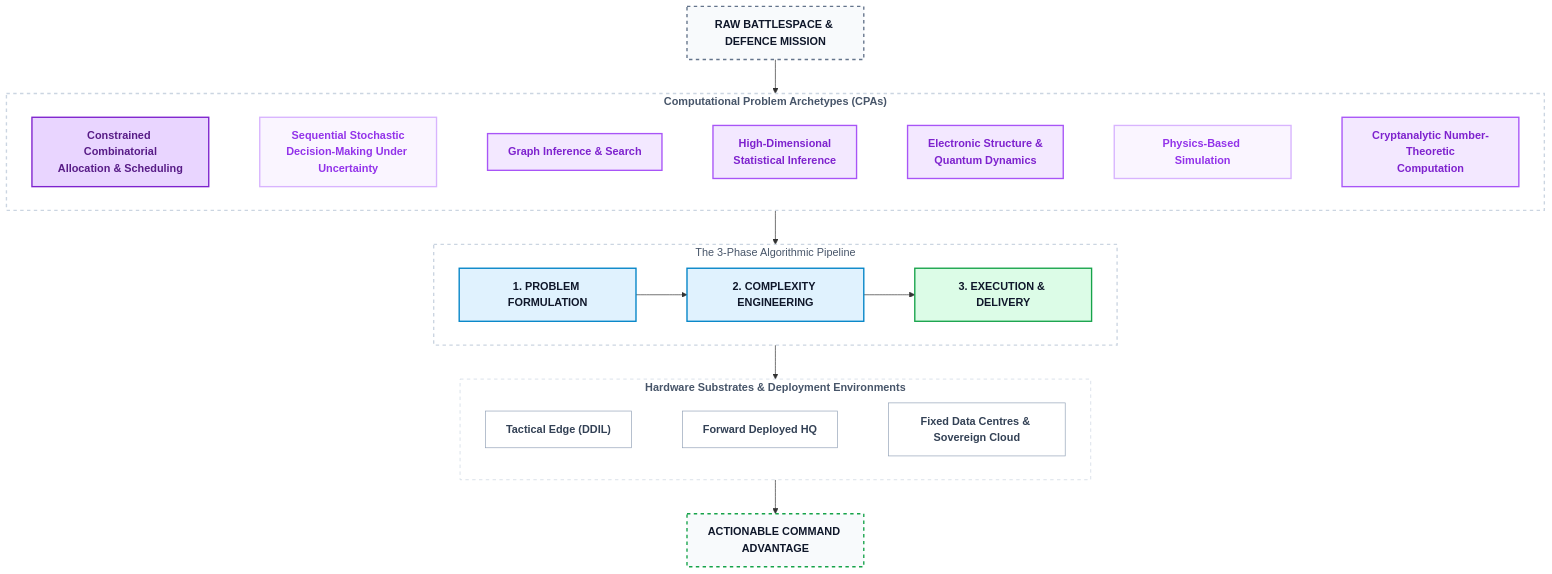
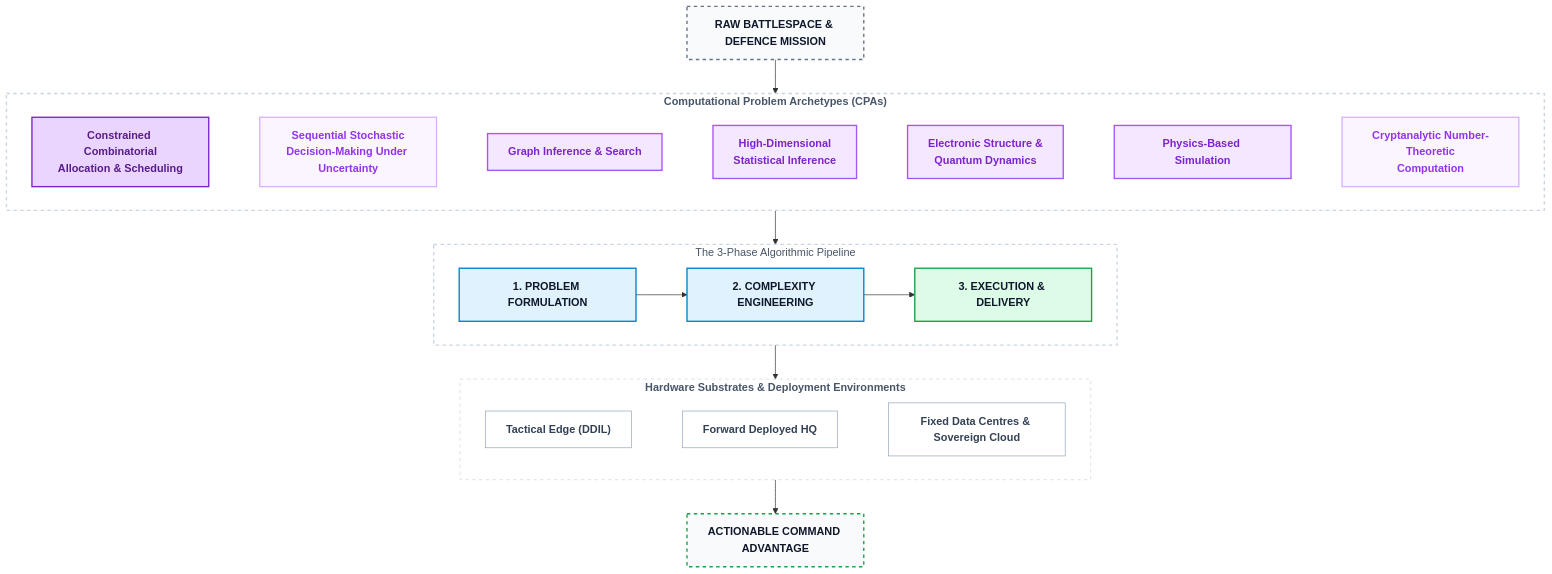
The first of 6 diagrams in quantum/The_Emergent_Algorithmic_Bridge.md (baddogdown/knowledge), drawn with Mermaid before and after one commit. The commit also changed other lines of this file, not shown here.

````diff
--- a/quantum/The_Emergent_Algorithmic_Bridge.md
+++ b/quantum/The_Emergent_Algorithmic_Bridge.md
@@ -27,76 +27,76 @@
 ```mermaid
 flowchart TB
 
     %% 1. INPUT
     INBOUND["<b>RAW BATTLESPACE & DEFENCE MISSION</b>"]
 
     %% 2. COMPUTATIONAL PROBLEM ARCHETYPES
     subgraph CPAS ["<b>Computational Problem Archetypes (CPAs)</b>"]
         direction LR
         CPA1["<b>Constrained Combinatorial<br/>Allocation & Scheduling</b>"]
         CPA2["<b>Sequential Stochastic<br/>Decision-Making Under Uncertainty</b>"]
         CPA3["<b>Graph Inference & Search</b>"]
         CPA4["<b>High-Dimensional<br/>Statistical Inference</b>"]
         CPA5["<b>Electronic Structure &<br/>Quantum Dynamics</b>"]
         CPA6["<b>Physics-Based Simulation</b>"]
         CPA7["<b>Cryptanalytic Number-Theoretic<br/>Computation</b>"]
         
         CPA1 ~~~ CPA2 ~~~ CPA3 ~~~ CPA4 ~~~ CPA5 ~~~ CPA6 ~~~ CPA7
     end
 
     %% 3. PIPELINE PHASES 
     subgraph PHASES ["The 3-Phase Algorithmic Pipeline"]
         direction LR
         P1["<b>1. PROBLEM FORMULATION</b>"] --> P2["<b>2. COMPLEXITY ENGINEERING</b>"] --> P3["<b>3. EXECUTION & DELIVERY</b><br/>"]
     end
 
     %% 4. UNDERPINNING DEPLOYMENT ENVIRONMENTS
     subgraph ENV ["<b>Hardware Substrates & Deployment Environments</b>"]
         direction LR
         E1["<b>Tactical Edge (DDIL)</b>"]
         E2["<b>Forward Deployed HQ</b>"]
         E3["<b>Fixed Data Centres & Sovereign Cloud</b>"]
         
         E1 ~~~ E2 ~~~ E3
     end
 
     %% 5. OUTPUT
     OUTBOUND["<b>ACTIONABLE COMMAND ADVANTAGE</b>"]
 
 
     %% CONNECTIONS
     INBOUND --> CPAS
     CPAS --> PHASES
     PHASES --> ENV
     ENV --> OUTBOUND
 
     %% ==========================================
     %% STYLING
     %% ==========================================
     style INBOUND fill:#f8fafc,stroke:#64748b,stroke-width:2px,color:#0f172a, stroke-dasharray: 5 5
     style OUTBOUND fill:#f8fafc,stroke:#16a34a,stroke-width:2px,color:#0f172a, stroke-dasharray: 5 5
 
     %% Faint dashed wrapper boxes
     style CPAS fill:#ffffff,stroke:#cbd5e1,stroke-width:2px,stroke-dasharray: 5 5,color:#475569
     style PHASES fill:#ffffff,stroke:#cbd5e1,stroke-width:2px,stroke-dasharray: 5 5,color:#475569
     style ENV fill:#ffffff,stroke:#cbd5e1,stroke-width:1px,stroke-dasharray: 5 5,color:#475569
 
     %% Problem Archetype boxes (Matched to Live Spreadsheet Readiness Bands: H=Dark, M=Medium, L=Light)
     style CPA1 fill:#e9d5ff,stroke:#7e22ce,stroke-width:2px,color:#581c87
     style CPA2 fill:#faf5ff,stroke:#d8b4fe,stroke-width:2px,color:#9333ea
     style CPA3 fill:#f3e8ff,stroke:#a855f7,stroke-width:2px,color:#7e22ce
     style CPA4 fill:#f3e8ff,stroke:#a855f7,stroke-width:2px,color:#7e22ce
     style CPA5 fill:#f3e8ff,stroke:#a855f7,stroke-width:2px,color:#7e22ce
-    style CPA6 fill:#faf5ff,stroke:#d8b4fe,stroke-width:2px,color:#9333ea
-    style CPA7 fill:#f3e8ff,stroke:#a855f7,stroke-width:2px,color:#7e22ce
+    style CPA6 fill:#f3e8ff,stroke:#a855f7,stroke-width:2px,color:#7e22ce
+    style CPA7 fill:#faf5ff,stroke:#d8b4fe,stroke-width:2px,color:#9333ea
 
     %% Phase boxes (Kept colors: 1&2 Sovereign Blue, 3 Marketplace Green)
     style P1 fill:#e0f2fe,stroke:#0284c7,stroke-width:2px,color:#0f172a
     style P2 fill:#e0f2fe,stroke:#0284c7,stroke-width:2px,color:#0f172a
     style P3 fill:#dcfce7,stroke:#16a34a,stroke-width:2px,color:#0f172a
 
     %% Environment layer inner boxes
     style E1 fill:#ffffff,stroke:#94a3b8,stroke-width:1px,color:#334155
     style E2 fill:#ffffff,stroke:#94a3b8,stroke-width:1px,color:#334155
     style E3 fill:#ffffff,stroke:#94a3b8,stroke-width:1px,color:#334155
 ```
````
